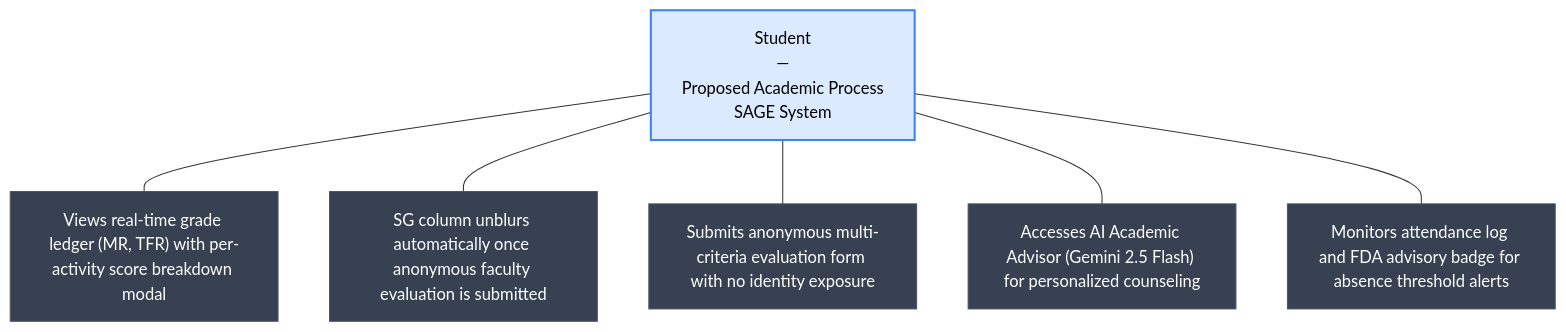
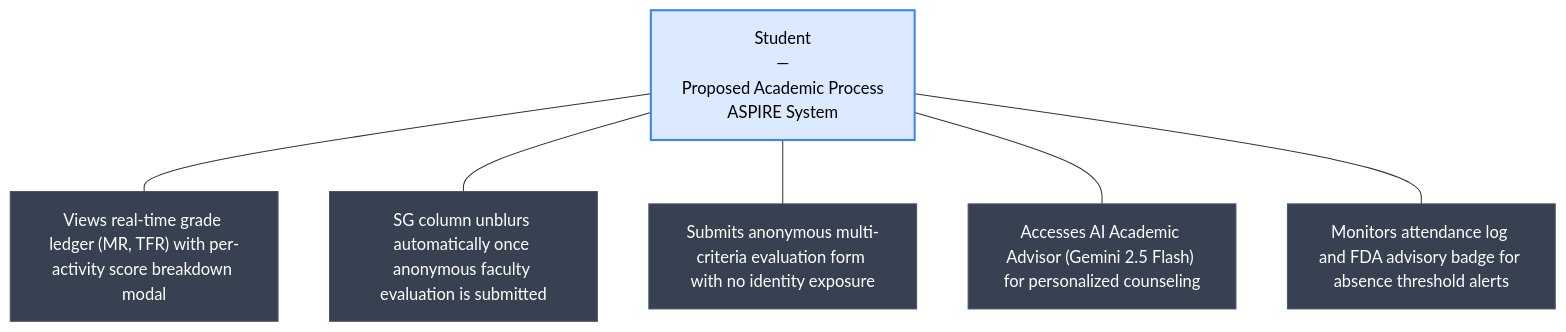
The fifth of 18 diagrams in docs/references/Chapter12_Text_Updated.md (kurarensu16/sage), drawn with Mermaid before and after one commit. The commit also changed other lines of this file and 96 other files, not shown here.

Commit message:
feat: complete ASPIRE system updates

````diff
--- a/docs/references/Chapter12_Text_Updated.md
+++ b/docs/references/Chapter12_Text_Updated.md
@@ -593,19 +593,19 @@
 ```mermaid
 graph TD
     classDef center fill:#dbeafe,stroke:#3b82f6,stroke-width:2px,color:#000;
     classDef spoke  fill:#374151,stroke:#4b5563,stroke-width:1px,color:#fff;
 
-    CENTER["Student<br>—<br>Proposed Academic Process<br>SAGE System"]:::center
+    CENTER["Student<br>—<br>Proposed Academic Process<br>ASPIRE System"]:::center
 
     S1["Views real-time grade ledger (MR, TFR) with per-activity score breakdown modal"]:::spoke
     S2["SG column unblurs automatically once anonymous faculty evaluation is submitted"]:::spoke
     S3["Submits anonymous multi-criteria evaluation form with no identity exposure"]:::spoke
     S4["Accesses AI Academic Advisor (Gemini 2.5 Flash) for personalized counseling"]:::spoke
     S5["Monitors attendance log and FDA advisory badge for absence threshold alerts"]:::spoke
 
     CENTER --- S1
     CENTER --- S2
     CENTER --- S3
     CENTER --- S4
     CENTER --- S5
 ```
````
